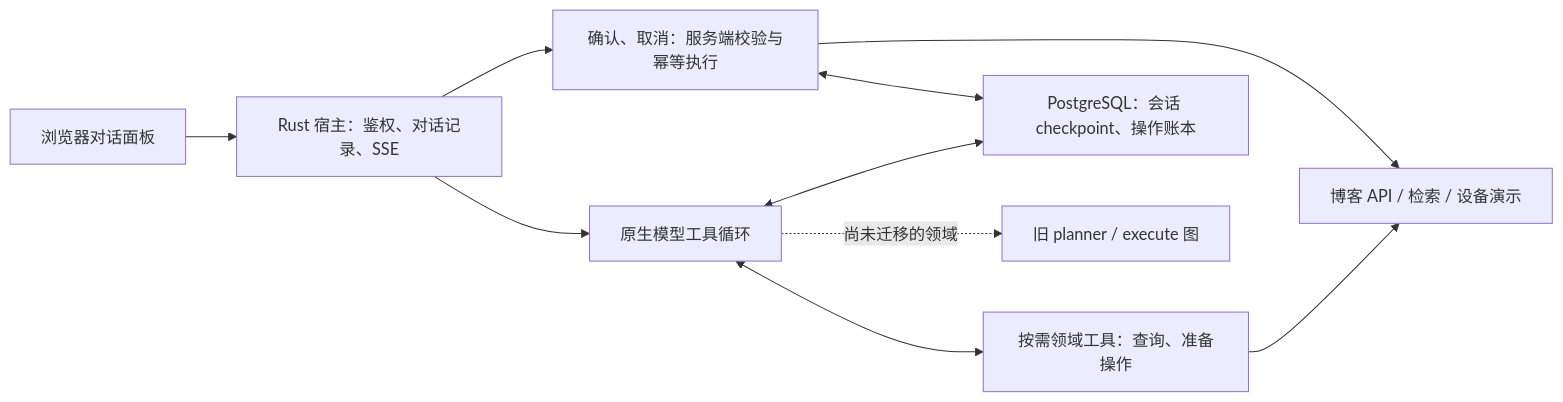
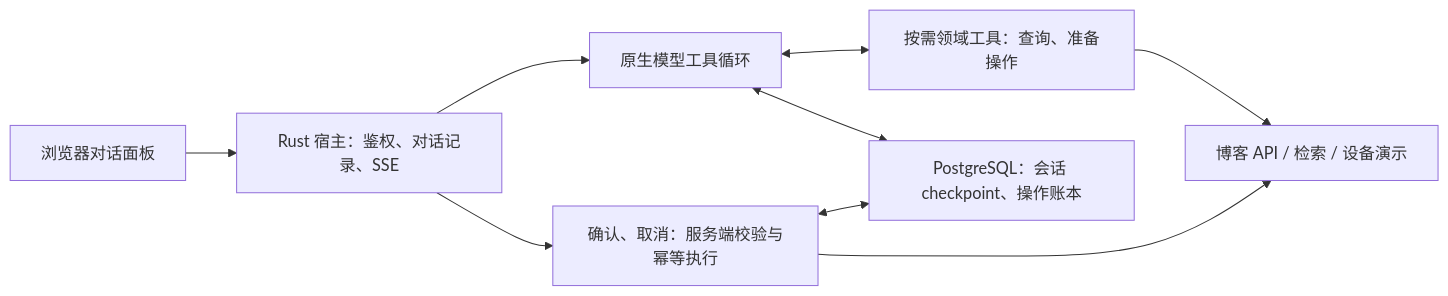
One commit to BigLeopardCat/saudade-blog-agent changed the diagram in README.md. Above: the diagram before and after it, drawn with Mermaid. The commit also changed other lines of this file and 36 other files, not shown here.

````diff
--- a/README.md
+++ b/README.md
@@ -25,12 +25,11 @@
 ```mermaid
 flowchart LR
     FE["浏览器对话面板"] --> HOST["Rust 宿主：鉴权、对话记录、SSE"]
     HOST --> LOOP["原生模型工具循环"]
     LOOP <--> TOOLS["按需领域工具：查询、准备操作"]
     TOOLS --> BLOG["博客 API / 检索 / 设备演示"]
     LOOP <--> PG["PostgreSQL：会话 checkpoint、操作账本"]
     HOST --> APPROVAL["确认、取消：服务端校验与幂等执行"]
     APPROVAL --> BLOG
     APPROVAL <--> PG
-    LOOP -. "尚未迁移的领域" .-> LEGACY["旧 planner / execute 图"]
 ```
````
